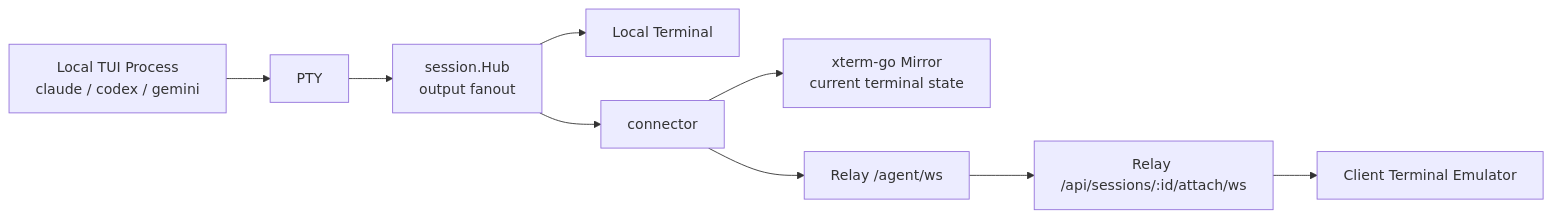
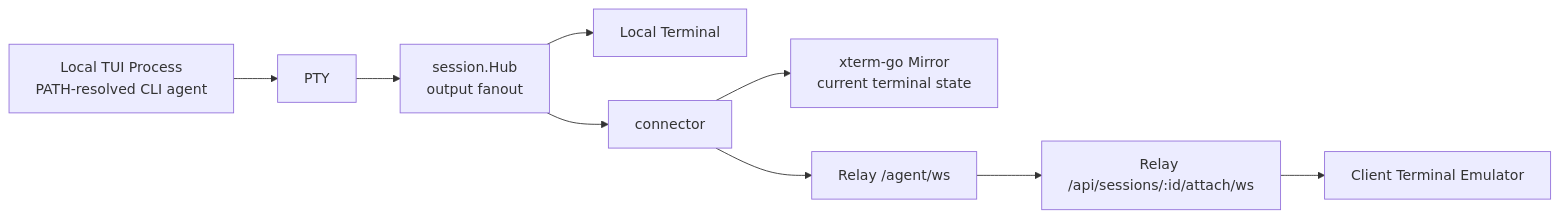
One commit to yuanbohan/agent-tunnel changed the first of 7 diagrams in docs/tui-attach-flow.md. Above: the diagram before and after it, drawn with Mermaid. The commit also changed other lines of this file and 8 other files, not shown here.

````diff
--- a/docs/tui-attach-flow.md
+++ b/docs/tui-attach-flow.md
@@ -40,21 +40,21 @@
 ```mermaid
 flowchart LR
-  TUI["Local TUI Process<br/>claude / codex / gemini"]
+  TUI["Local TUI Process<br/>PATH-resolved CLI agent"]
   PTY["PTY"]
   HUB["session.Hub<br/>output fanout"]
   LOCAL["Local Terminal"]
   CONN["connector"]
   MIRROR["xterm-go Mirror<br/>current terminal state"]
   AGWS["Relay /agent/ws"]
   ATTACH["Relay /api/sessions/:id/attach/ws"]
   CLIENT["Client Terminal Emulator"]
 
   TUI --> PTY
   PTY --> HUB
   HUB --> LOCAL
   HUB --> CONN
   CONN --> MIRROR
   CONN --> AGWS
   AGWS --> ATTACH
   ATTACH --> CLIENT
 ```
````
